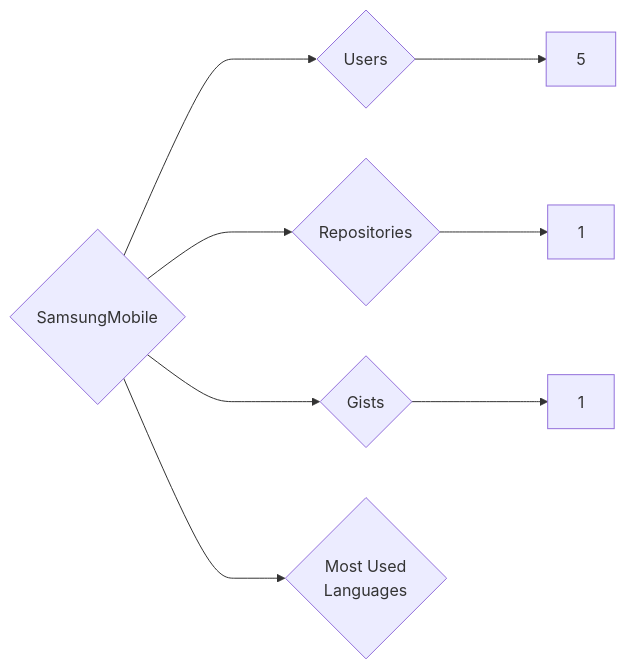
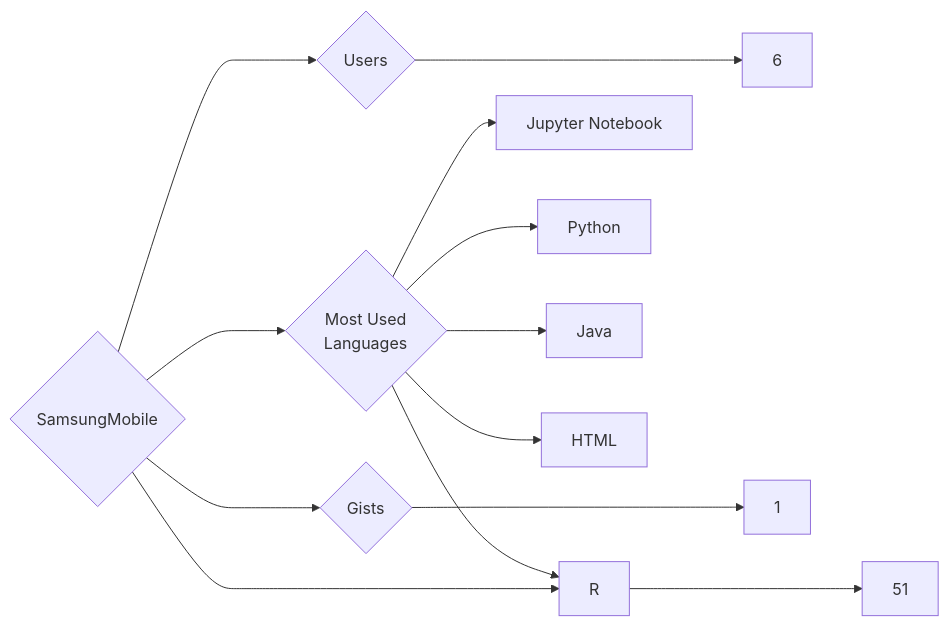
The diagram in targets/SamsungMobile/README.md (trickest/insiders), drawn with Mermaid before and after one commit. The commit also changed 1508 other files, not shown here.

````diff
--- a/targets/SamsungMobile/README.md
+++ b/targets/SamsungMobile/README.md
@@ -3,8 +3,13 @@
 ```mermaid
 graph LR
 COMPANY_NAME{SamsungMobile}
-COMPANY_NAME ---> U{Users} ---> UN[5]
-COMPANY_NAME ---> R{Repositories} ---> RN[1]
+COMPANY_NAME ---> U{Users} ---> UN[6]
+COMPANY_NAME ---> R{Repositories} ---> RN[51]
 COMPANY_NAME ---> G{Gists} ---> GN[1]
 COMPANY_NAME ---> ML{Most Used<br>Languages}
+ML --> Jupyter_Notebook[Jupyter Notebook]
+ML --> Python[Python]
+ML --> Java[Java]
+ML --> HTML[HTML]
+ML --> R[R]
 ```
````
